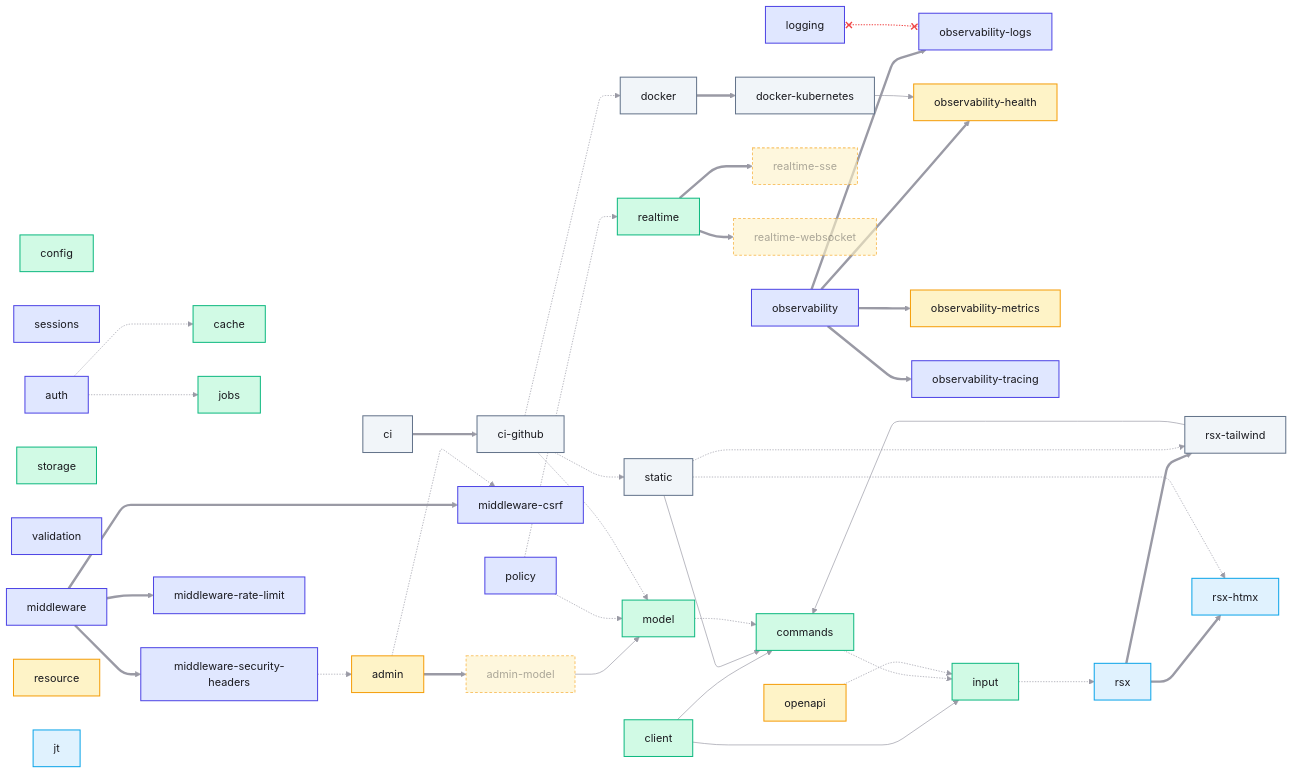
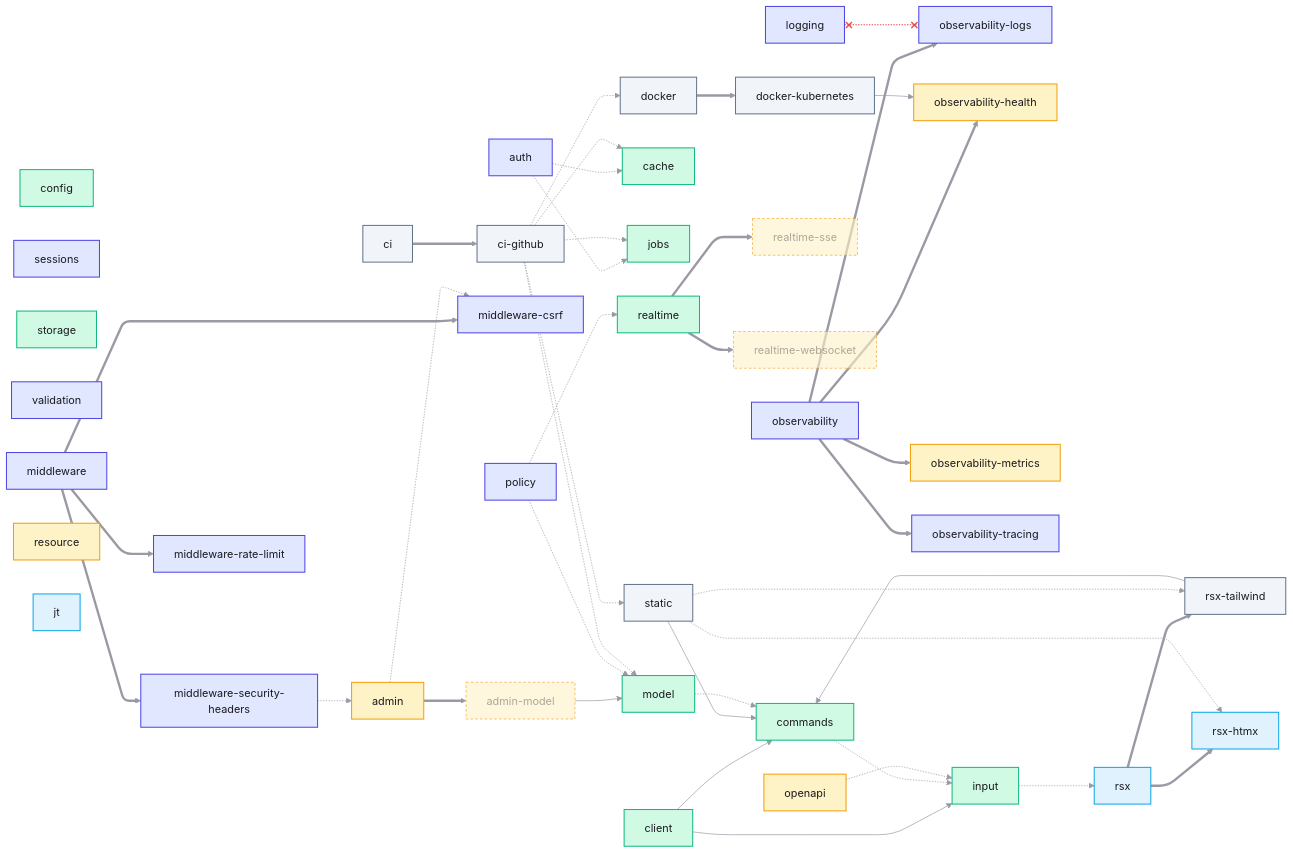
The second of 2 diagrams in docs/module-map.md (DHHwasRight/brocanth), drawn with Mermaid before and after one commit. The commit also changed other lines of this file and 37 other files, not shown here.

````diff
--- a/docs/module-map.md
+++ b/docs/module-map.md
@@ -219,6 +219,8 @@
   ci_gh -.-> docker
   ci_gh -.-> static
   ci_gh -.-> model
+  ci_gh -.-> jobs
+  ci_gh -.-> cache
 
   linkStyle 20 stroke:#ef4444,stroke-width:1.5px
 ```
````
